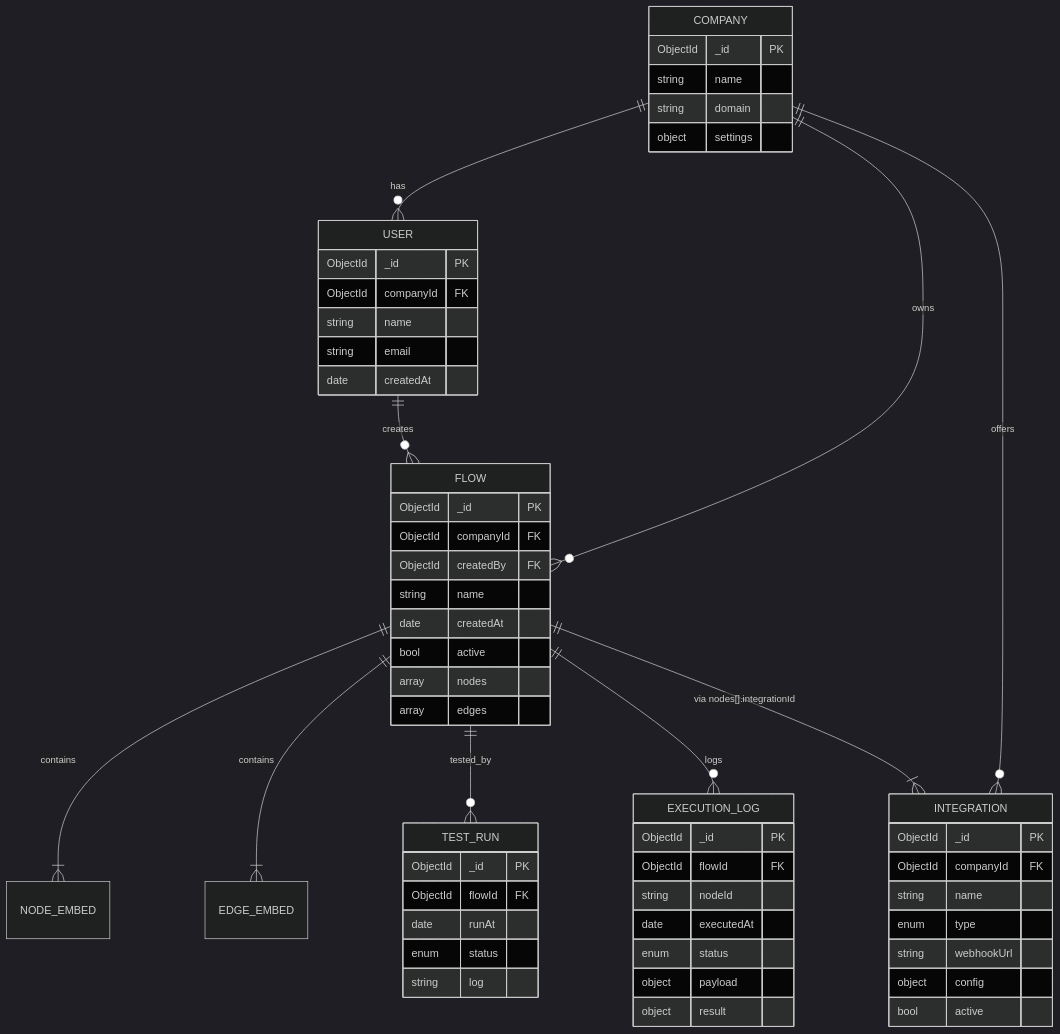
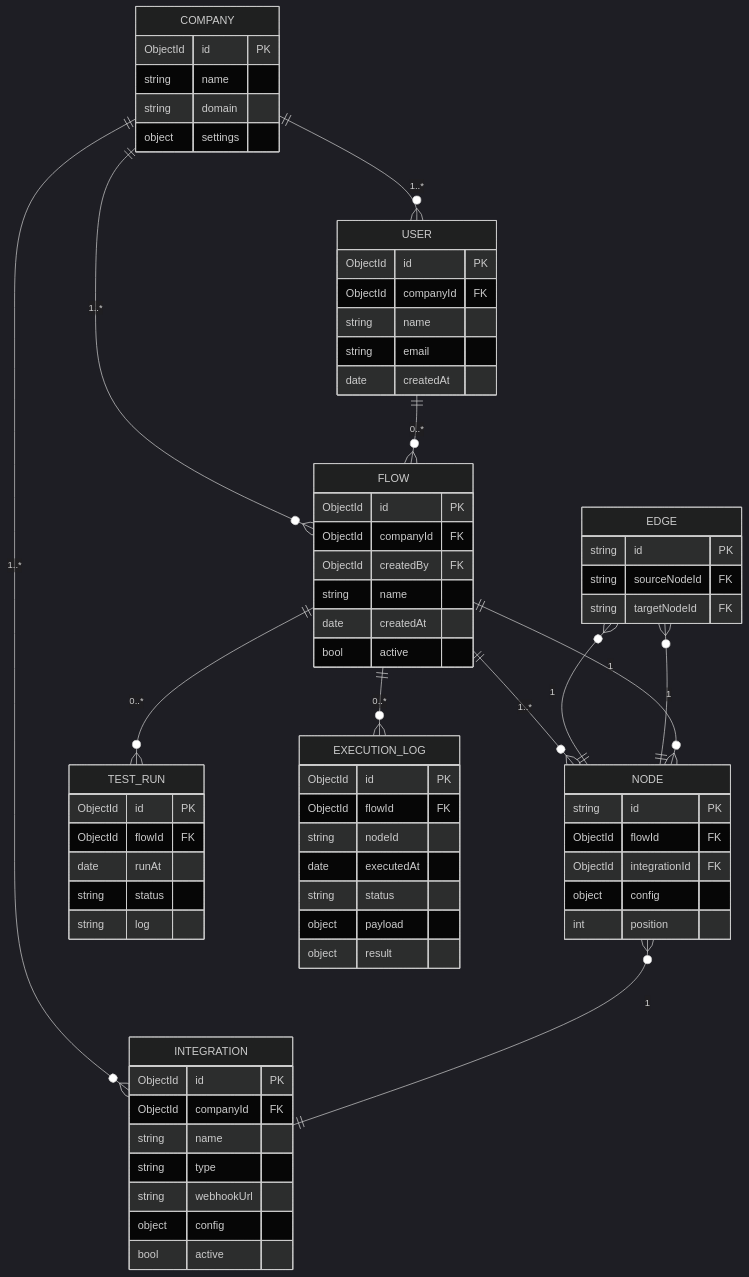
The diagram in er.mermaid (vkobinski/software), drawn with Mermaid (dark theme) before and after one commit.

```diff
--- a/er.mermaid
+++ b/er.mermaid
@@ -1,65 +1,71 @@
 erDiagram
   COMPANY {
-    ObjectId _id PK
+    ObjectId id PK
     string name
     string domain
-    object settings      
+    object settings
   }
-
   USER {
-    ObjectId _id PK
+    ObjectId id PK
     ObjectId companyId FK
     string name
     string email
-    date   createdAt
+    date createdAt
+  }
+  INTEGRATION {
+    ObjectId id PK
+    ObjectId companyId FK
+    string name
+    string type   
+    string webhookUrl
+    object config 
+    bool active
+  }
+  FLOW {
+    ObjectId id PK
+    ObjectId companyId FK
+    ObjectId createdBy FK
+    string name
+    date createdAt
+    bool active
+  }
+  NODE {
+    string id PK
+    ObjectId flowId FK
+    ObjectId integrationId FK
+    object config
+    int position
+  }
+  EDGE {
+    string id PK
+    string sourceNodeId FK
+    string targetNodeId FK
+  }
+  TEST_RUN {
+    ObjectId id PK
+    ObjectId flowId FK
+    date runAt
+    string status
+    string log
+  }
+  EXECUTION_LOG {
+    ObjectId id PK
+    ObjectId flowId FK
+    string nodeId
+    date executedAt
+    string status  
+    object payload
+    object result
   }
 
-  INTEGRATION {
-    ObjectId _id PK
-    ObjectId companyId FK
-    string name
-    enum   type          
-    string webhookUrl     
-    object config         
-    bool   active
-  }
-
-  FLOW {
-    ObjectId _id PK
-    ObjectId companyId FK
-    ObjectId createdBy FK  
-    string name
-    date   createdAt
-    bool   active
-    array nodes    
-    array edges     
-  }
-
-  FLOW ||--|{ NODE_EMBED : contains
-  FLOW ||--|{ EDGE_EMBED : contains
-
-  TEST_RUN {
-    ObjectId _id PK
-    ObjectId flowId FK
-    date   runAt
-    enum   status         
-    string log
-  }
-
-  EXECUTION_LOG {
-    ObjectId _id PK
-    ObjectId flowId FK
-    string nodeId        
-    date   executedAt
-    enum   status       
-    object payload       
-    object result       
-  }
-
-  COMPANY        ||--o{ USER          : "has"
-  COMPANY        ||--o{ INTEGRATION   : "offers"
-  COMPANY        ||--o{ FLOW          : "owns"
-  USER           ||--o{ FLOW          : "creates"
-  FLOW           ||--o{ TEST_RUN      : "tested_by"
-  FLOW           ||--o{ EXECUTION_LOG : "logs"
-  FLOW           ||--|{ INTEGRATION   : "via nodes[].integrationId"
+  COMPANY ||--o{ USER           : "1..*"
+  COMPANY ||--o{ INTEGRATION    : "1..*"
+  COMPANY ||--o{ FLOW           : "1..*"
+  USER    ||--o{ FLOW           : "0..*"
+  FLOW    ||--o{ NODE           : "1..*"
+  FLOW    ||--o{ TEST_RUN       : "0..*"
+  FLOW    ||--o{ EXECUTION_LOG  : "0..*"
+  NODE    }o--|| INTEGRATION    : "1"
+  NODE    }o--|| FLOW           : "1"
+  EDGE    }o--|| NODE           : "1" 
+  EDGE    }o--|| NODE           : "1" 
```
